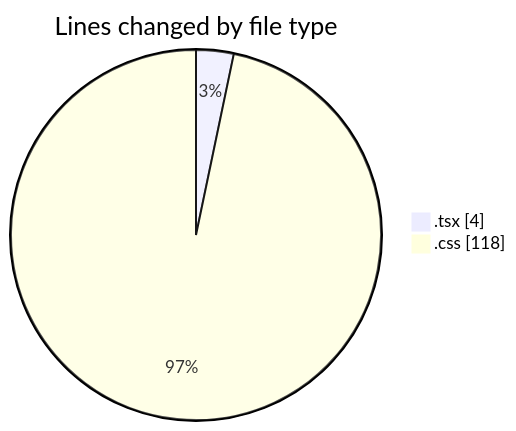
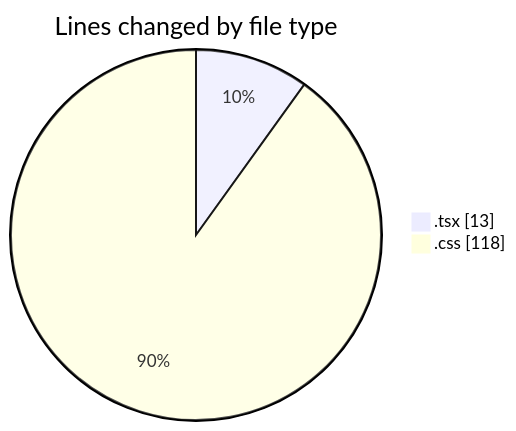
One commit to robertbonfada/code-tracking changed the first of 2 diagrams in 2025-01-08/mbc-web/README.md. Above: the diagram before and after it, drawn with Mermaid. The commit also changed other lines of this file and 1 other file, not shown here.

````diff
--- a/2025-01-08/mbc-web/README.md
+++ b/2025-01-08/mbc-web/README.md
@@ -21,6 +22,6 @@
 ```mermaid
 pie showData
 title Lines changed by file type
-".tsx" : 4
+".tsx" : 13
 ".css" : 118
 ```
````
